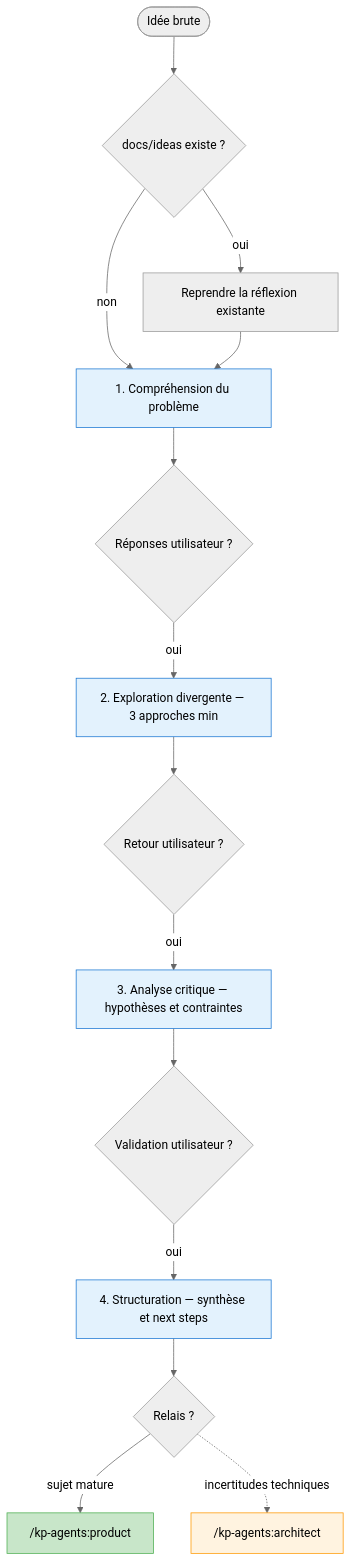
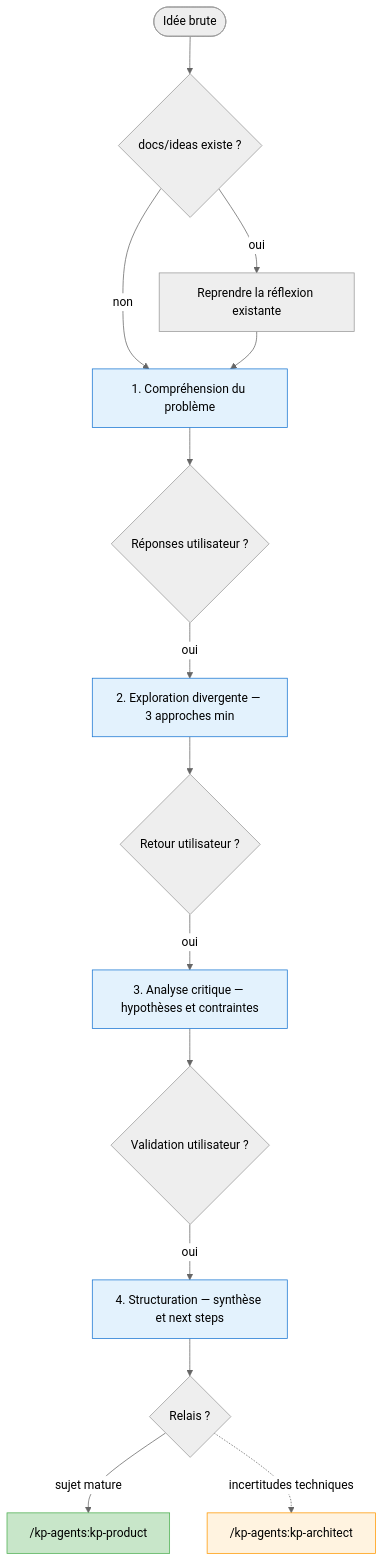
The second of 9 diagrams in docs/agents.md (KeyProd/kp-agents), drawn with Mermaid (neutral theme) before and after one commit. The commit also changed other lines of this file and 129 other files, not shown here.

````diff
--- a/docs/agents.md
+++ b/docs/agents.md
@@ -99,33 +99,33 @@
 ```mermaid
 flowchart TD
     START([Idée brute]) --> CHECK{docs/ideas existe ?}
     CHECK -->|oui| REPRISE[Reprendre la réflexion existante]
     CHECK -->|non| COMP
     REPRISE --> COMP
 
     COMP[1. Compréhension du problème]
     COMP --> STOP1{Réponses utilisateur ?}
     STOP1 -->|oui| EXPLO
 
     EXPLO[2. Exploration divergente — 3 approches min]
     EXPLO --> STOP2{Retour utilisateur ?}
     STOP2 -->|oui| CRIT
 
     CRIT[3. Analyse critique — hypothèses et contraintes]
     CRIT --> STOP3{Validation utilisateur ?}
     STOP3 -->|oui| STRUCT
 
     STRUCT[4. Structuration — synthèse et next steps]
     STRUCT --> OUT
 
     OUT{Relais ?}
-    OUT -->|sujet mature| PRODUCT["/kp-agents:product"]
-    OUT -.->|incertitudes techniques| ARCHITECT["/kp-agents:architect"]
+    OUT -->|sujet mature| PRODUCT["/kp-agents:kp-product"]
+    OUT -.->|incertitudes techniques| ARCHITECT["/kp-agents:kp-architect"]
 
     style COMP fill:#e3f2fd,stroke:#1976D2
     style EXPLO fill:#e3f2fd,stroke:#1976D2
     style CRIT fill:#e3f2fd,stroke:#1976D2
     style STRUCT fill:#e3f2fd,stroke:#1976D2
     style PRODUCT fill:#c8e6c9,stroke:#4CAF50
     style ARCHITECT fill:#fff3e0,stroke:#FF9800
 ```
````
